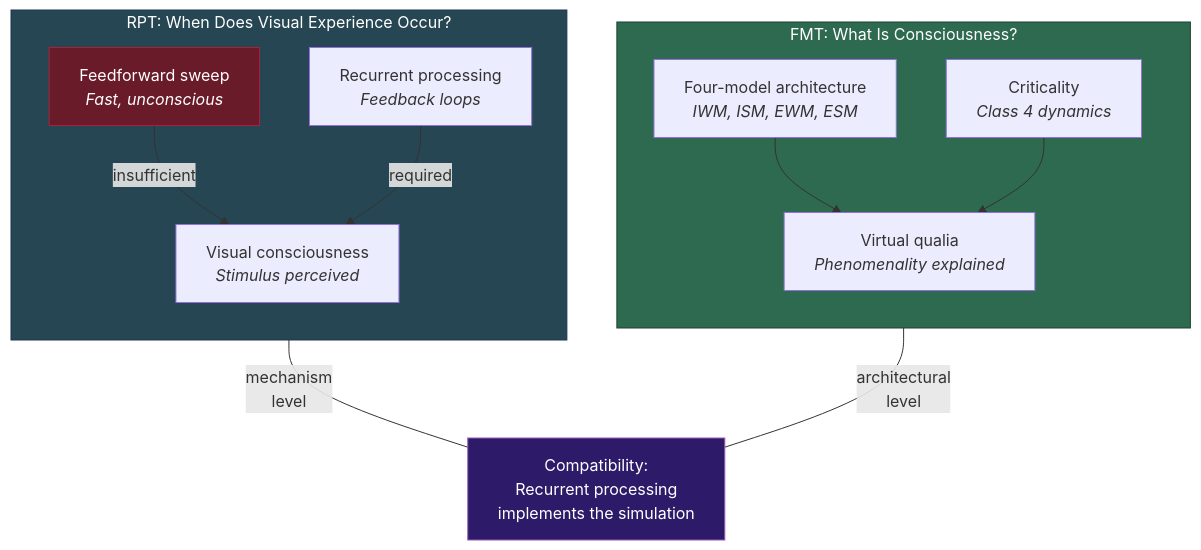
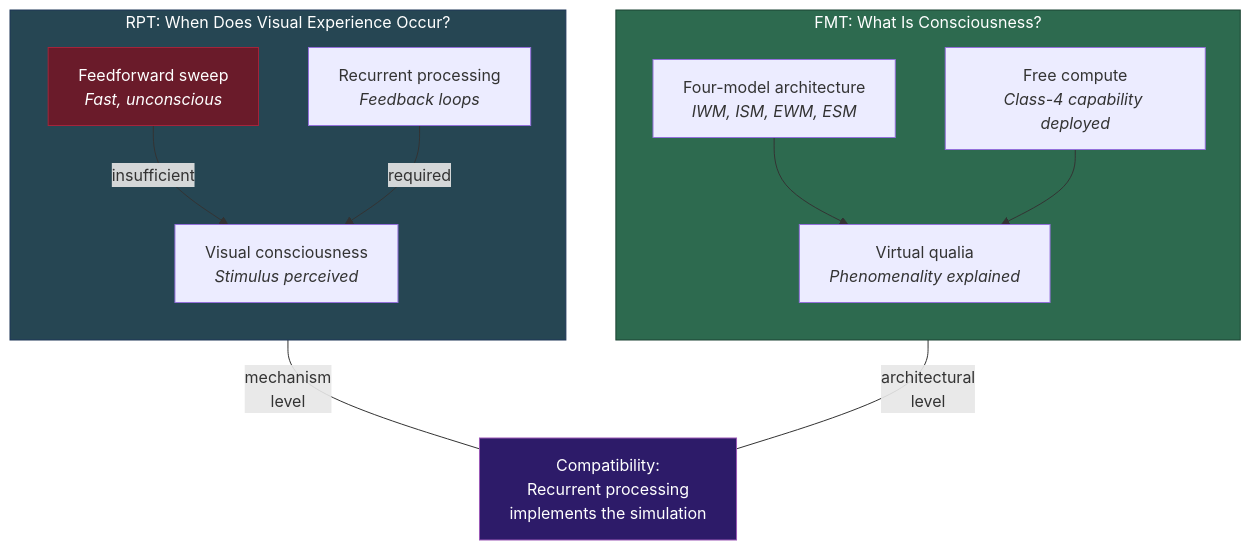
Before and after one commit to JeltzProstetnic/aIware: the diagram in wiki/comparative/vs-rpt.md, drawn with Mermaid. The commit also changed other lines of this file and 61 other files, not shown here.

````diff
--- a/wiki/comparative/vs-rpt.md
+++ b/wiki/comparative/vs-rpt.md
@@ -53,29 +53,29 @@
 ```mermaid
 graph TB
     subgraph RPT_SCOPE["RPT: When Does Visual Experience Occur?"]
         direction TB
         FF["Feedforward sweep<br/><i>Fast, unconscious</i>"]
         RP["Recurrent processing<br/><i>Feedback loops</i>"]
         VIS["Visual consciousness<br/><i>Stimulus perceived</i>"]
         FF -->|"insufficient"| VIS
         RP -->|"required"| VIS
     end
 
     subgraph FMT_SCOPE["FMT: What Is Consciousness?"]
         direction TB
         ARCH["Four-model architecture<br/><i>IWM, ISM, EWM, ESM</i>"]
-        CRIT["Criticality<br/><i>Class 4 dynamics</i>"]
+        CRIT["Free compute<br/><i>Class-4 capability deployed</i>"]
         VQ["Virtual qualia<br/><i>Phenomenality explained</i>"]
         ARCH --> VQ
         CRIT --> VQ
     end
 
     BRIDGE["Compatibility:<br/>Recurrent processing<br/>implements the simulation"]
     RPT_SCOPE ---|"mechanism<br/>level"| BRIDGE
     FMT_SCOPE ---|"architectural<br/>level"| BRIDGE
 
     style RPT_SCOPE fill:#264653,color:#fff,stroke:#1d3557
     style FMT_SCOPE fill:#2d6a4f,color:#fff,stroke:#1b4332
     style BRIDGE fill:#2d1b69,stroke:#9b59b6,color:#fff
     style FF fill:#6a1b2a,stroke:#a4243b,color:#fff
 ```
````
